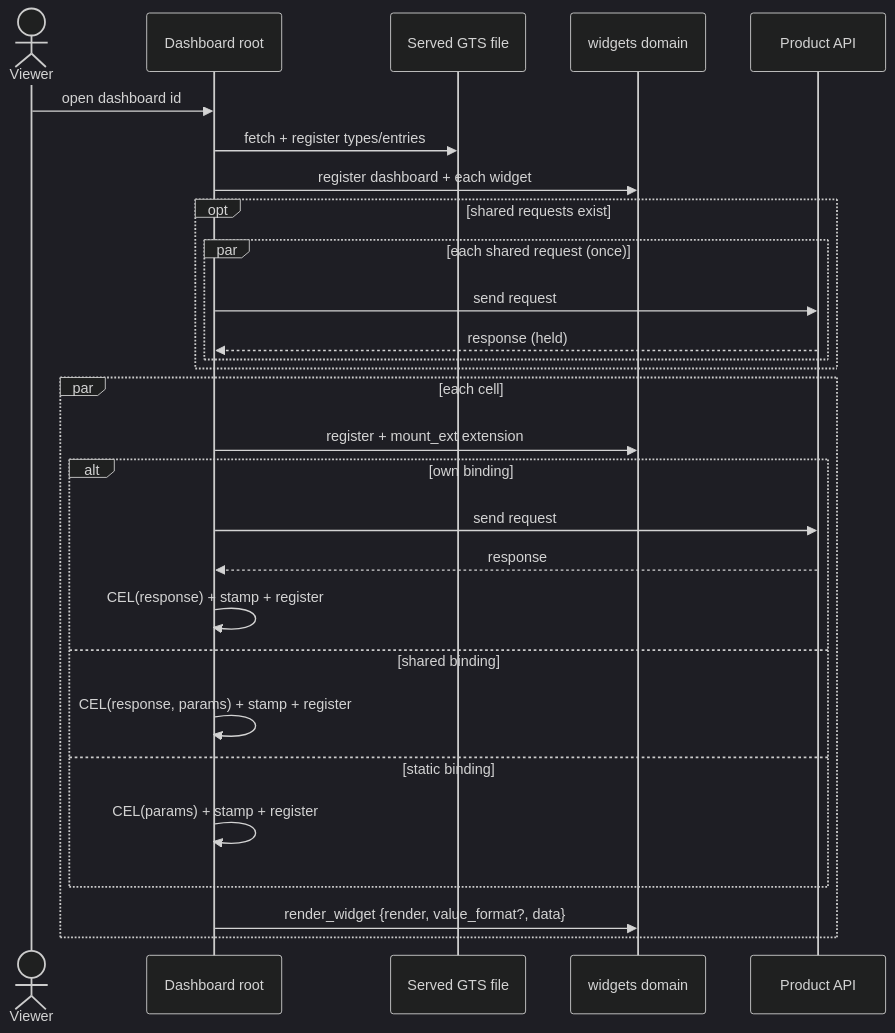
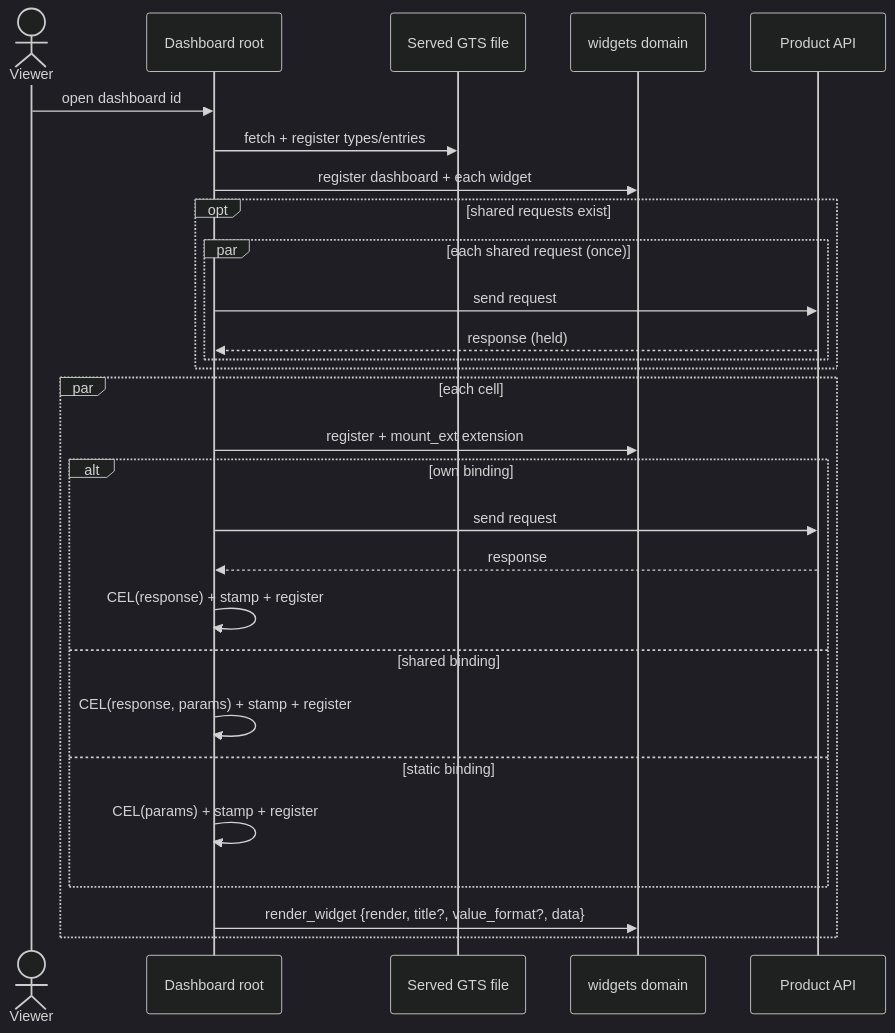
The third of 3 diagrams in template-dashboard/architecture/DESIGN.md (itechmeat/gears-frontx-templates), drawn with Mermaid (dark theme) before and after one commit. The commit also changed other lines of this file and 20 other files, not shown here.

Commit message:
feat(template-dashboard): the root sends the cell title in the render_widget payload, and each widget that names itself takes it as its accessible name

````diff
--- a/template-dashboard/architecture/DESIGN.md
+++ b/template-dashboard/architecture/DESIGN.md
@@ -603,30 +603,30 @@
 ```mermaid
 sequenceDiagram
     actor V as Viewer
     participant R as Dashboard root
     participant F as Served GTS file
     participant W as widgets domain
     participant API as Product API
     V->>R: open dashboard id
     R->>F: fetch + register types/entries
     R->>W: register dashboard + each widget
     opt shared requests exist
         par each shared request (once)
             R->>API: send request
             API-->>R: response (held)
         end
     end
     par each cell
         R->>W: register + mount_ext extension
         alt own binding
             R->>API: send request
             API-->>R: response
             R->>R: CEL(response) + stamp + register
         else shared binding
             R->>R: CEL(response, params) + stamp + register
         else static binding
             R->>R: CEL(params) + stamp + register
         end
-        R->>W: render_widget {render, value_format?, data}
+        R->>W: render_widget {render, title?, value_format?, data}
     end
 ```
````
